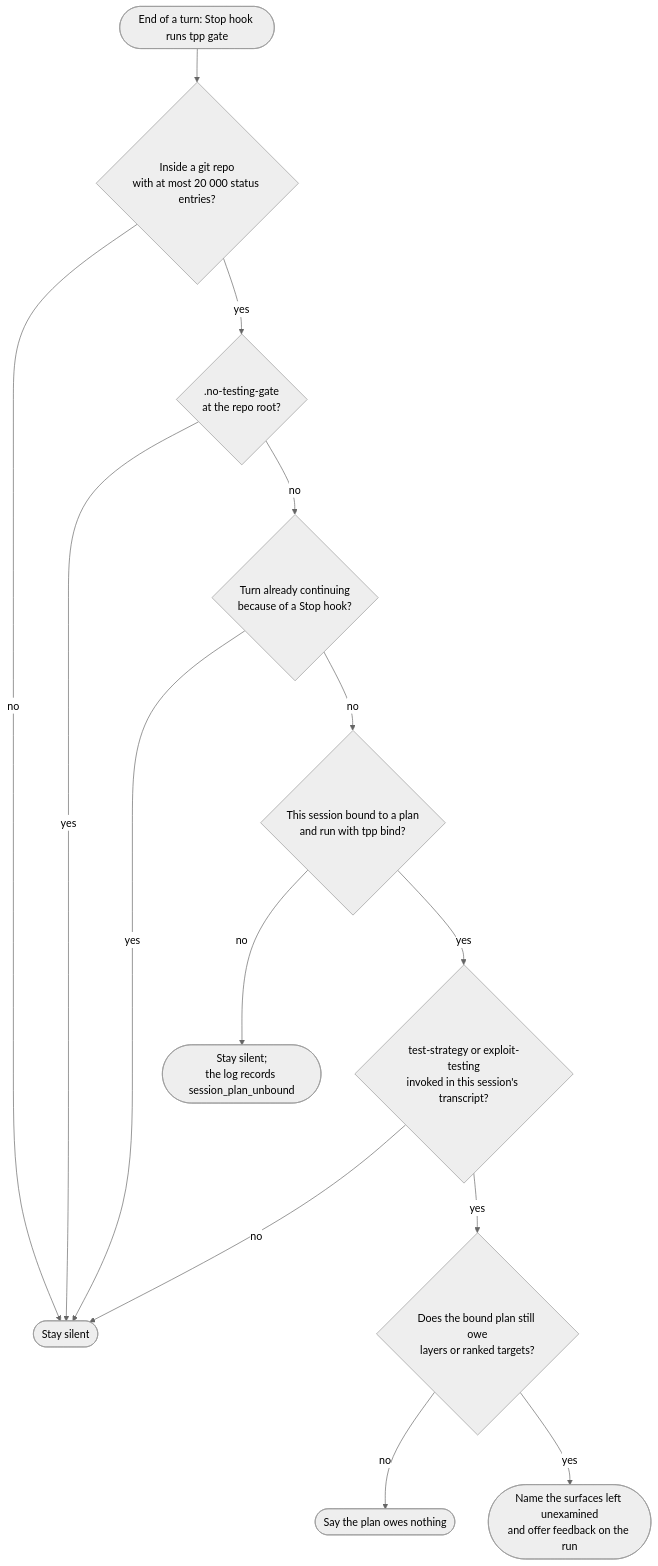
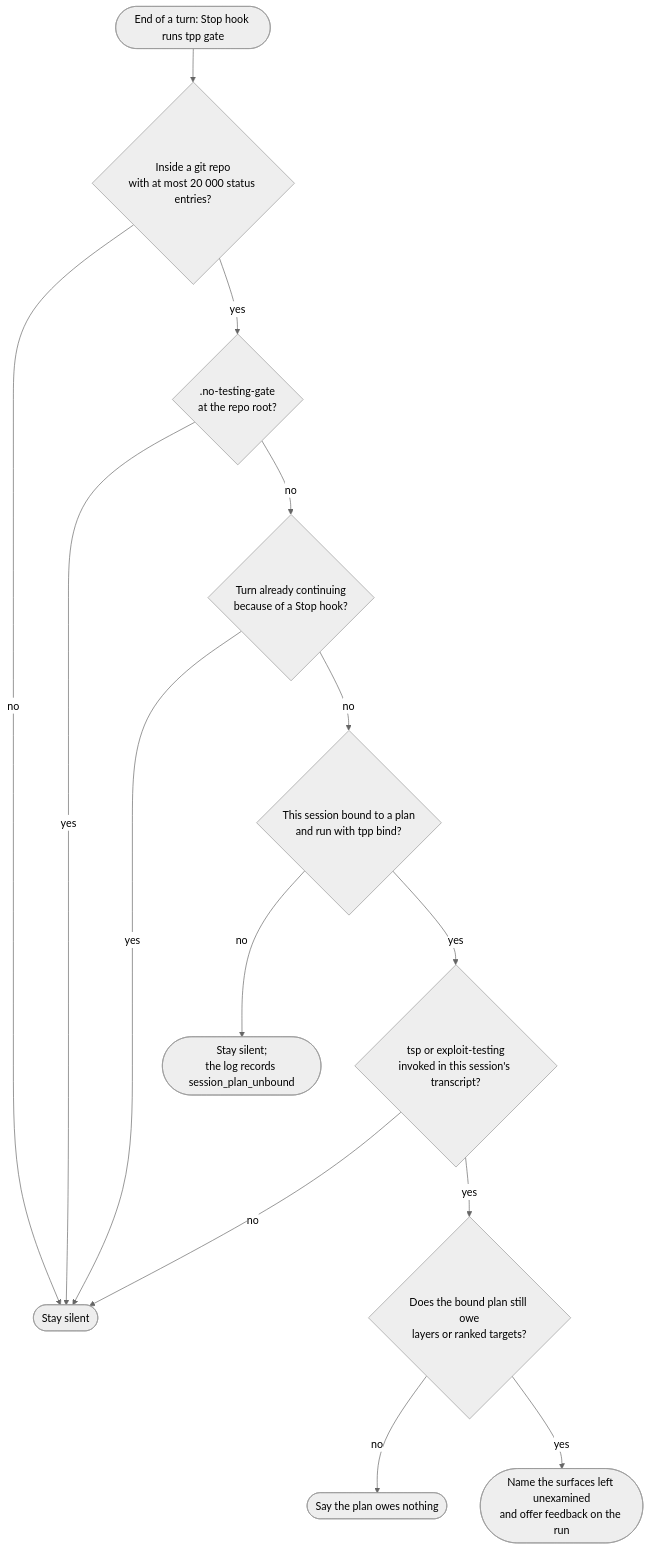
Before and after one commit to alesierraalta/tpp: the second of 4 diagrams in README.md, drawn with Mermaid (neutral theme). The commit also changed other lines of this file and 93 other files, not shown here.

Commit message:
feat(skills): rename test strategy router to tsp

````diff
--- a/README.md
+++ b/README.md
@@ -49,16 +49,16 @@
 ```mermaid
 flowchart TD
     stop([End of a turn: Stop hook runs tpp gate]) --> repo{Inside a git repo<br/>with at most 20 000 status entries?}
     repo -- no --> quiet([Stay silent])
     repo -- yes --> optout{.no-testing-gate<br/>at the repo root?}
     optout -- yes --> quiet
     optout -- no --> loop{Turn already continuing<br/>because of a Stop hook?}
     loop -- yes --> quiet
     loop -- no --> bound{This session bound to a plan<br/>and run with tpp bind?}
     bound -- no --> unbound([Stay silent;<br/>the log records session_plan_unbound])
-    bound -- yes --> ran{test-strategy or exploit-testing<br/>invoked in this session's transcript?}
+    bound -- yes --> ran{tsp or exploit-testing<br/>invoked in this session's transcript?}
     ran -- no --> quiet
     ran -- yes --> owed{Does the bound plan still owe<br/>layers or ranked targets?}
     owed -- no --> done([Say the plan owes nothing])
     owed -- yes --> ask2([Name the surfaces left unexamined<br/>and offer feedback on the run])
 ```
````
